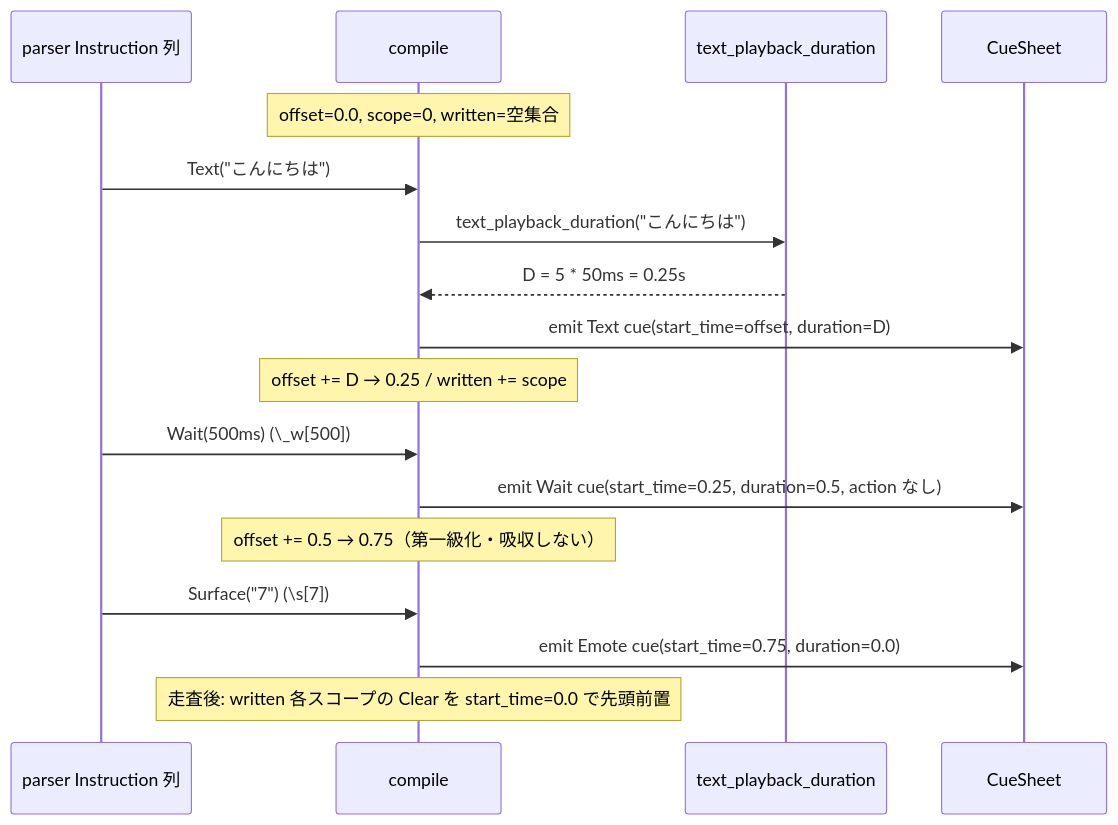
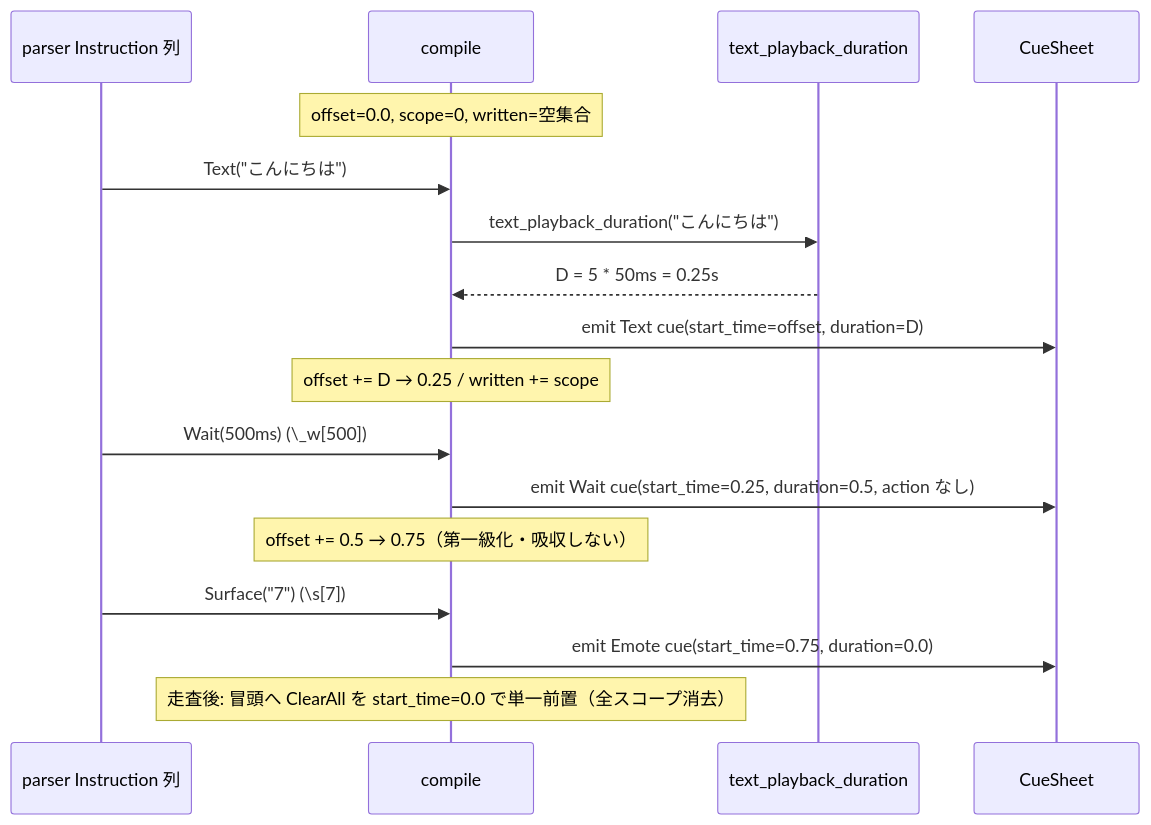
The second of 3 diagrams in .kiro/specs/areka-P0-cue-playback-duration/design.md (ekicyou/areka), drawn with Mermaid before and after one commit. The commit also changed other lines of this file and 2 other files, not shown here.

First line of the commit message:
docs(areka-P0-cue-playback-duration): resolve design discussion #2 Topic 5 - CueCommand::ClearAll追加(自己完結な全消し・R6.2字義充足)

````diff
--- a/.kiro/specs/areka-P0-cue-playback-duration/design.md
+++ b/.kiro/specs/areka-P0-cue-playback-duration/design.md
@@ -181,19 +181,19 @@
 ```mermaid
 sequenceDiagram
     participant P as parser Instruction 列
     participant C as compile
     participant N as text_playback_duration
     participant S as CueSheet
     Note over C: offset=0.0, scope=0, written=空集合
     P->>C: Text("こんにちは")
     C->>N: text_playback_duration("こんにちは")
     N-->>C: D = 5 * 50ms = 0.25s
     C->>S: emit Text cue(start_time=offset, duration=D)
     Note over C: offset += D → 0.25 / written += scope
     P->>C: Wait(500ms)  (\_w[500])
     C->>S: emit Wait cue(start_time=0.25, duration=0.5, action なし)
     Note over C: offset += 0.5 → 0.75（第一級化・吸収しない）
     P->>C: Surface("7")  (\s[7])
     C->>S: emit Emote cue(start_time=0.75, duration=0.0)
-    Note over C: 走査後: written 各スコープの Clear を start_time=0.0 で先頭前置
+    Note over C: 走査後: 冒頭へ ClearAll を start_time=0.0 で単一前置（全スコープ消去）
 ```
````
